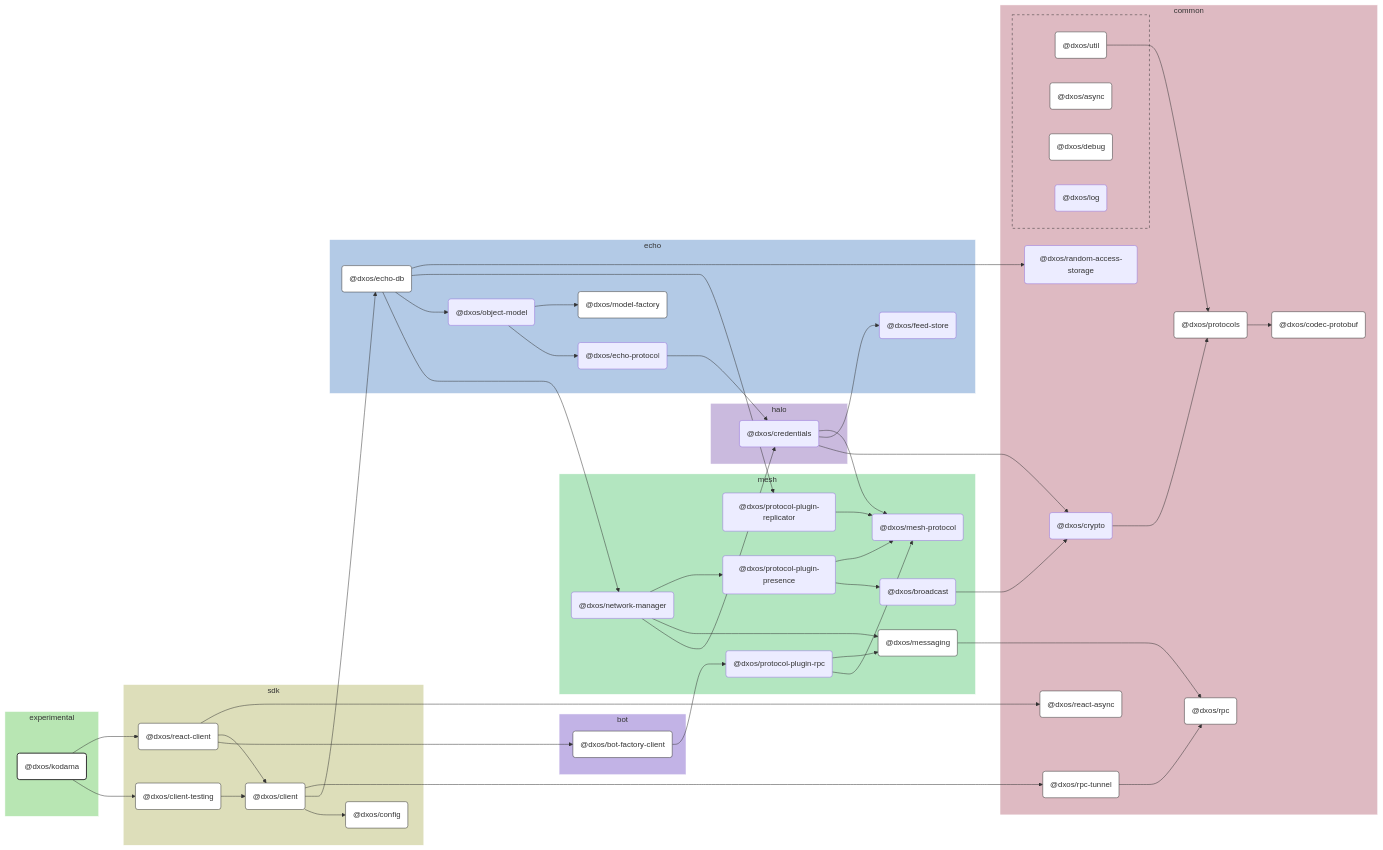
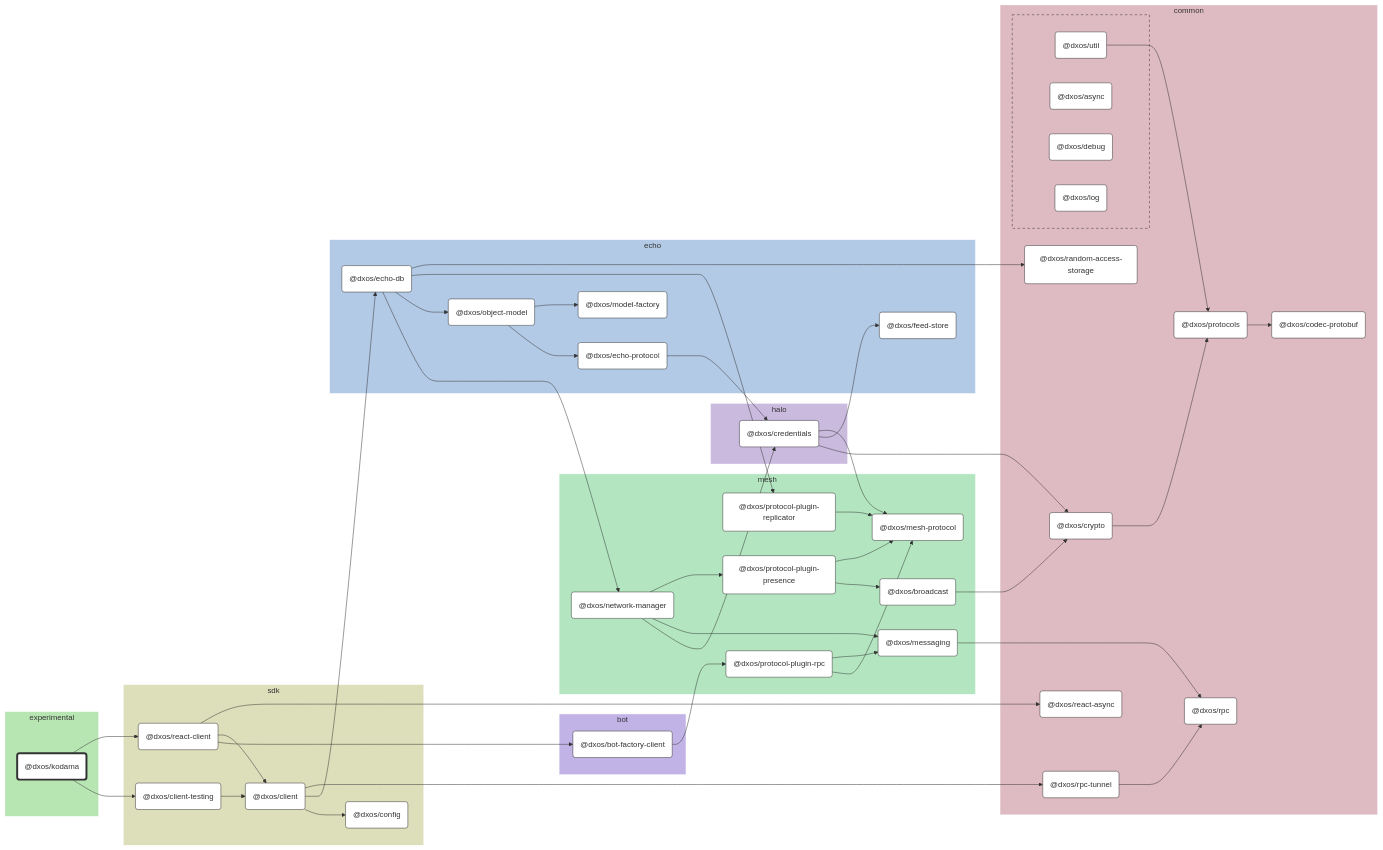
One commit to dxos/dxos changed the diagram in apps/experimental/kodama/docs/README.md. Above: the diagram before and after it, drawn with Mermaid. The commit also changed other lines of this file and 86 other files, not shown here.

```diff
--- a/apps/experimental/kodama/docs/README.md
+++ b/apps/experimental/kodama/docs/README.md
@@ -120,15 +120,28 @@
 %% Hyperlinks
 click dxos/async "dxos/dxos/tree/main/packages/common/async/docs";
 click dxos/bot-factory-client "dxos/dxos/tree/main/packages/bot/bot-factory-client/docs";
+click dxos/broadcast "dxos/dxos/tree/main/packages/mesh/broadcast/docs";
 click dxos/client "dxos/dxos/tree/main/packages/sdk/client/docs";
 click dxos/client-testing "dxos/dxos/tree/main/packages/sdk/client-testing/docs";
 click dxos/codec-protobuf "dxos/dxos/tree/main/packages/common/codec-protobuf/docs";
 click dxos/config "dxos/dxos/tree/main/packages/sdk/config/docs";
+click dxos/credentials "dxos/dxos/tree/main/packages/halo/credentials/docs";
+click dxos/crypto "dxos/dxos/tree/main/packages/common/crypto/docs";
 click dxos/debug "dxos/dxos/tree/main/packages/common/debug/docs";
 click dxos/echo-db "dxos/dxos/tree/main/packages/echo/echo-db/docs";
+click dxos/echo-protocol "dxos/dxos/tree/main/packages/echo/echo-protocol/docs";
+click dxos/feed-store "dxos/dxos/tree/main/packages/echo/feed-store/docs";
+click dxos/log "dxos/dxos/tree/main/packages/common/log/docs";
+click dxos/mesh-protocol "dxos/dxos/tree/main/packages/mesh/mesh-protocol/docs";
 click dxos/messaging "dxos/dxos/tree/main/packages/mesh/messaging/docs";
 click dxos/model-factory "dxos/dxos/tree/main/packages/echo/model-factory/docs";
+click dxos/network-manager "dxos/dxos/tree/main/packages/mesh/network-manager/docs";
+click dxos/object-model "dxos/dxos/tree/main/packages/echo/object-model/docs";
+click dxos/protocol-plugin-presence "dxos/dxos/tree/main/packages/mesh/protocol-plugin-presence/docs";
+click dxos/protocol-plugin-replicator "dxos/dxos/tree/main/packages/mesh/protocol-plugin-replicator/docs";
+click dxos/protocol-plugin-rpc "dxos/dxos/tree/main/packages/mesh/protocol-plugin-rpc/docs";
 click dxos/protocols "dxos/dxos/tree/main/packages/common/protocols/docs";
+click dxos/random-access-storage "dxos/dxos/tree/main/packages/common/random-access-storage/docs";
 click dxos/react-async "dxos/dxos/tree/main/packages/common/react-async/docs";
 click dxos/react-client "dxos/dxos/tree/main/packages/sdk/react-client/docs";
 click dxos/rpc "dxos/dxos/tree/main/packages/common/rpc/docs";
@@ -136,7 +149,7 @@
 click dxos/util "dxos/dxos/tree/main/packages/common/util/docs";
 
 %% Styles
-classDef rootNode fill:#fff,stroke:#333,stroke-width:2px
+classDef rootNode fill:#fff,stroke:#333,stroke-width:4px
 classDef defaultNode fill:#fff,stroke:#333,stroke-width:1px
 linkStyle default stroke:#333,stroke-width:1px
 
@@ -144,15 +157,28 @@
 
 dxos/async:::defaultNode
 dxos/bot-factory-client:::defaultNode
+dxos/broadcast:::defaultNode
 dxos/client:::defaultNode
 dxos/client-testing:::defaultNode
 dxos/codec-protobuf:::defaultNode
 dxos/config:::defaultNode
+dxos/credentials:::defaultNode
+dxos/crypto:::defaultNode
 dxos/debug:::defaultNode
 dxos/echo-db:::defaultNode
+dxos/echo-protocol:::defaultNode
+dxos/feed-store:::defaultNode
+dxos/log:::defaultNode
+dxos/mesh-protocol:::defaultNode
 dxos/messaging:::defaultNode
 dxos/model-factory:::defaultNode
+dxos/network-manager:::defaultNode
+dxos/object-model:::defaultNode
+dxos/protocol-plugin-presence:::defaultNode
+dxos/protocol-plugin-replicator:::defaultNode
+dxos/protocol-plugin-rpc:::defaultNode
 dxos/protocols:::defaultNode
+dxos/random-access-storage:::defaultNode
 dxos/react-async:::defaultNode
 dxos/react-client:::defaultNode
 dxos/rpc:::defaultNode
```
